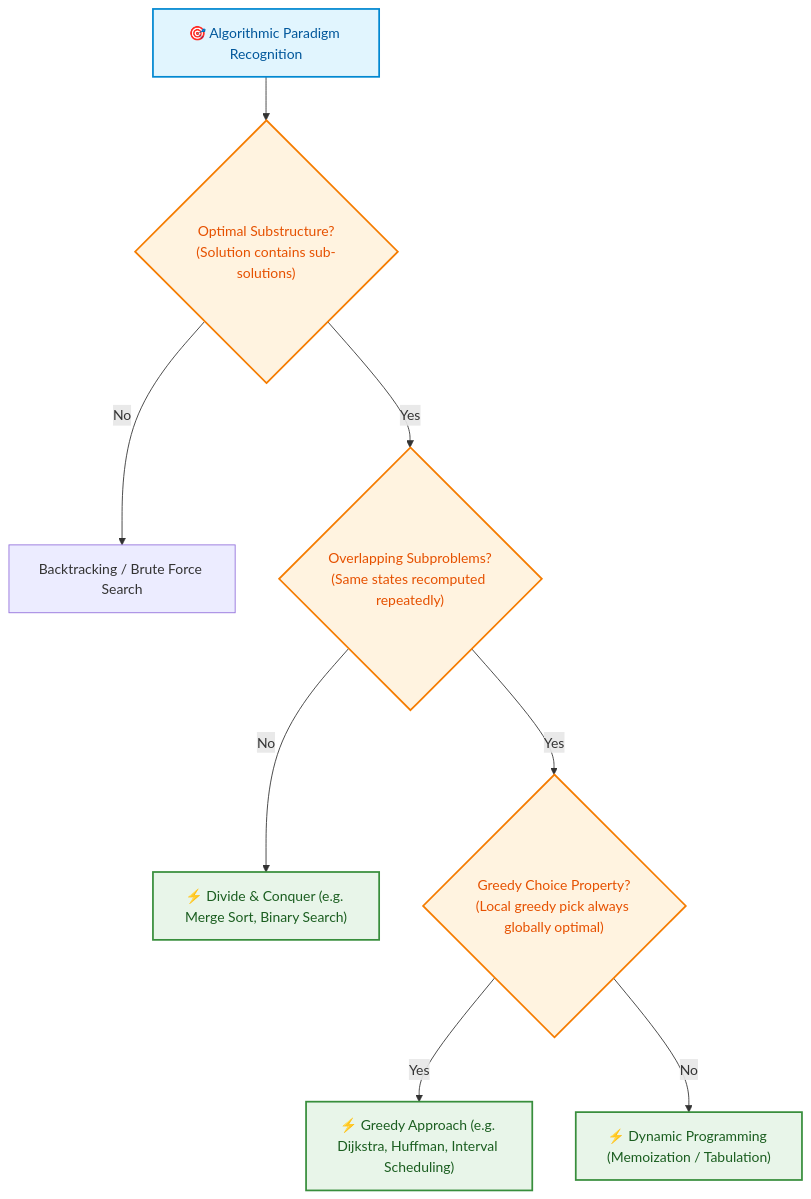
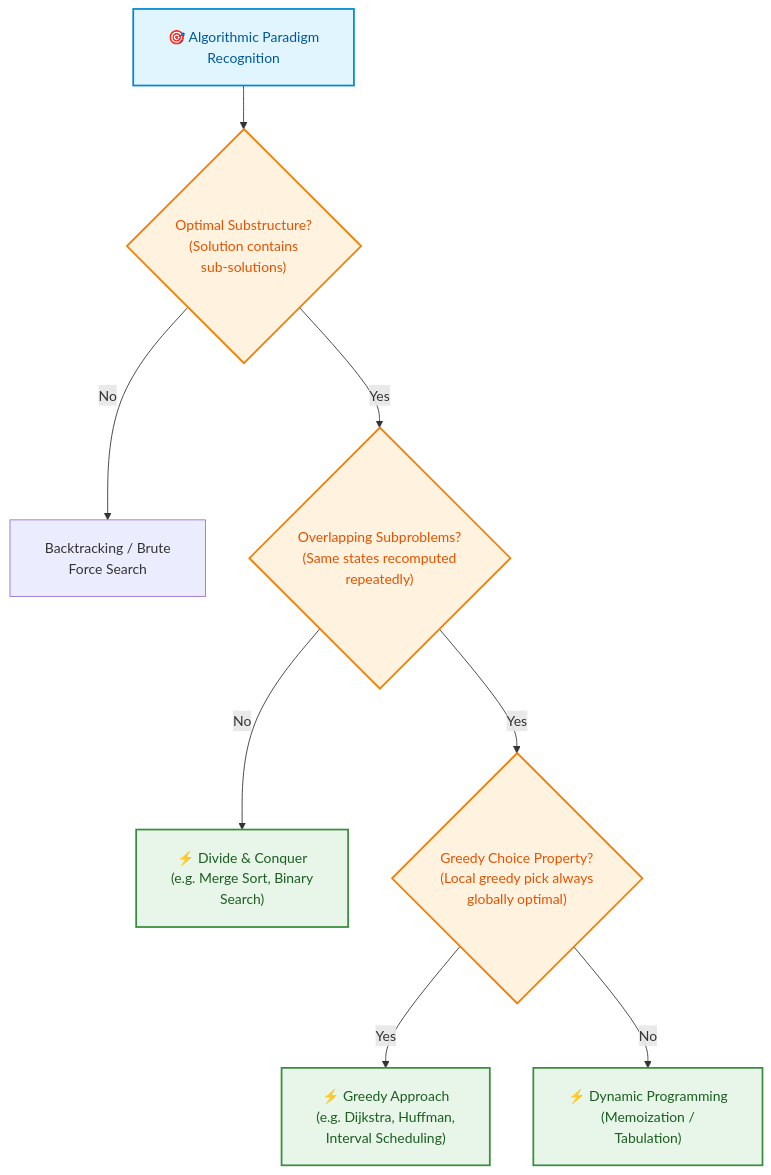
The second of 2 diagrams in week_10_dynamic_programming_i_fundamentals/WEEK_10_FULL_PLAYBOOK.md (dip4k/DSA_102), drawn with Mermaid before and after one commit. The commit also changed other lines of this file and 108 other files, not shown here.

First line of the commit message:
fix(mermaid): resolve diagram clipping, padding, and syntax issues across repo

````diff
--- a/week_10_dynamic_programming_i_fundamentals/WEEK_10_FULL_PLAYBOOK.md
+++ b/week_10_dynamic_programming_i_fundamentals/WEEK_10_FULL_PLAYBOOK.md
@@ -1932,15 +1933,16 @@
 ```mermaid
+%%{init: {"flowchart": {"htmlLabels": true, "padding": 20}}}%%
 flowchart TD
     classDef start fill:#e1f5fe,stroke:#0288d1,color:#01579b,stroke-width:2px;
     classDef decision fill:#fff3e0,stroke:#f57c00,color:#e65100,stroke-width:2px;
     classDef algo fill:#e8f5e9,stroke:#388e3c,color:#1b5e20,stroke-width:2px;
 
-    R["🎯 Algorithmic Paradigm Recognition"]:::start
-    R --> D1{"Optimal Substructure?<br/>(Solution contains sub-solutions)"}:::decision
-    D1 -->|No| Other["Backtracking / Brute Force Search"]
-    D1 -->|Yes| D2{"Overlapping Subproblems?<br/>(Same states recomputed repeatedly)"}:::decision
-    D2 -->|No| DC["⚡ Divide & Conquer (e.g. Merge Sort, Binary Search)"]:::algo
-    D2 -->|Yes| D3{"Greedy Choice Property?<br/>(Local greedy pick always globally optimal)"}:::decision
-    D3 -->|Yes| GR["⚡ Greedy Approach (e.g. Dijkstra, Huffman, Interval Scheduling)"]:::algo
-    D3 -->|No| DP["⚡ Dynamic Programming (Memoization / Tabulation)"]:::algo
+    R["🎯 Algorithmic Paradigm<br/>Recognition"]:::start
+    R --> D1{"Optimal Substructure?<br/>(Solution contains<br/>sub-solutions)"}:::decision
+    D1 -->|No| Other["Backtracking / Brute<br/>Force Search"]
+    D1 -->|Yes| D2{"Overlapping Subproblems?<br/>(Same states recomputed<br/>repeatedly)"}:::decision
+    D2 -->|No| DC["⚡ Divide & Conquer<br/>(e.g. Merge Sort, Binary<br/>Search)"]:::algo
+    D2 -->|Yes| D3{"Greedy Choice Property?<br/>(Local greedy pick always<br/>globally optimal)"}:::decision
+    D3 -->|Yes| GR["⚡ Greedy Approach<br/>(e.g. Dijkstra, Huffman,<br/>Interval Scheduling)"]:::algo
+    D3 -->|No| DP["⚡ Dynamic Programming<br/>(Memoization /<br/>Tabulation)"]:::algo
 ```
````
